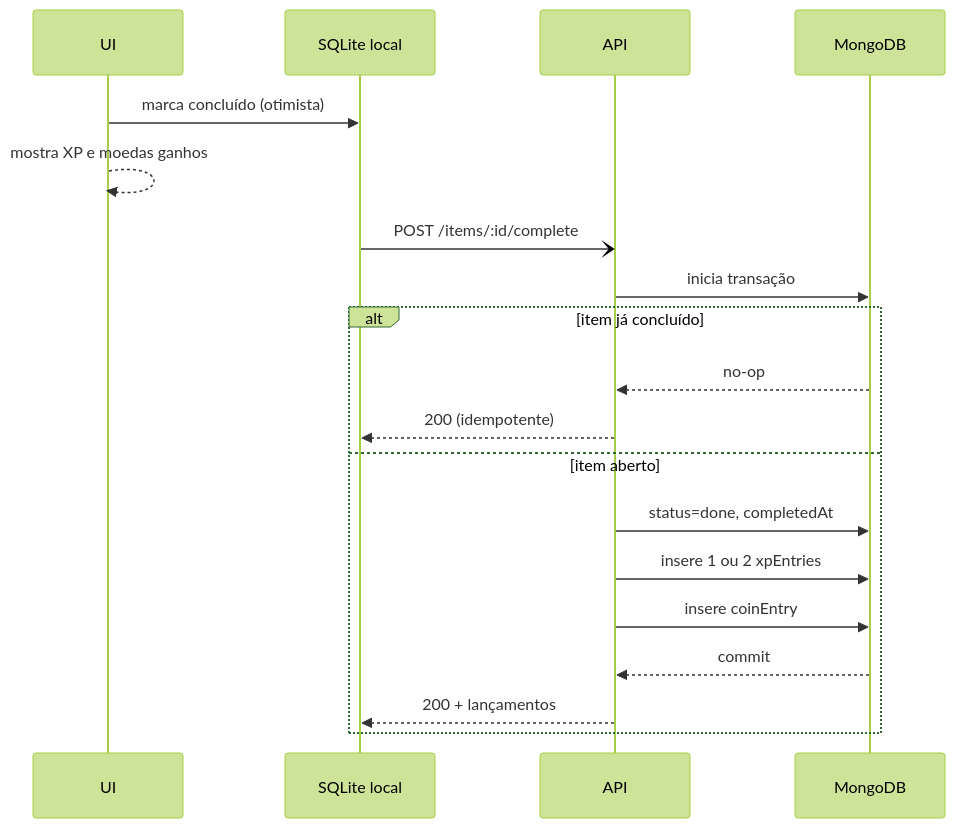
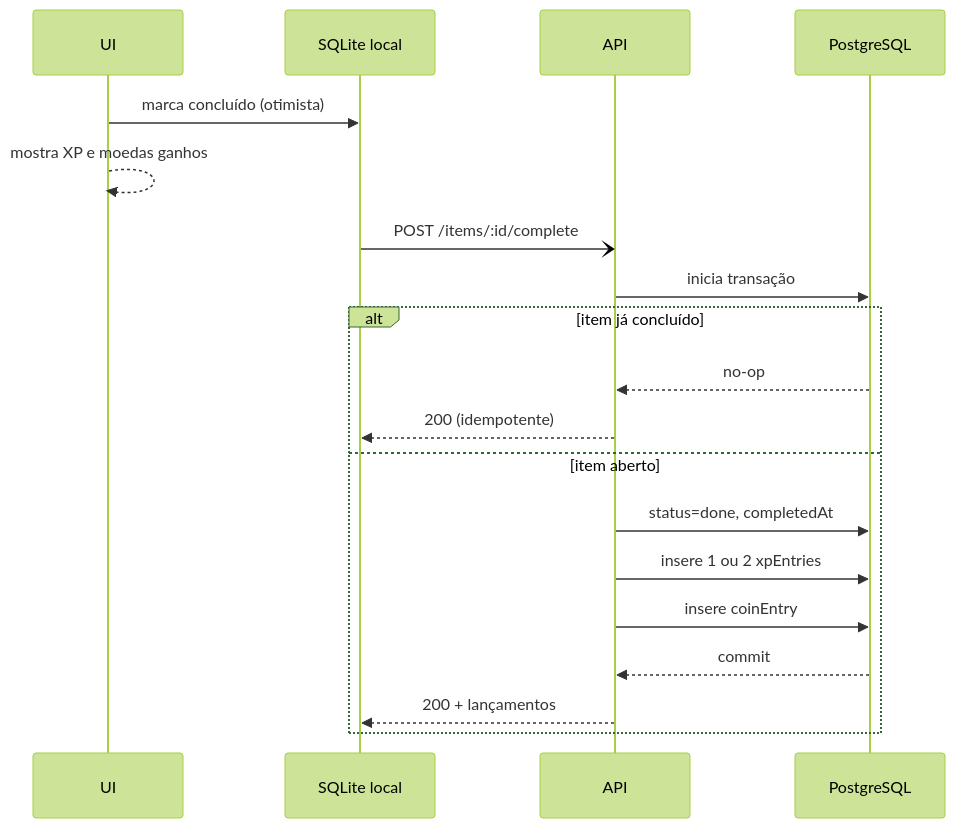
The fourth of 4 diagrams in docs/especificacao-tecnica-v1.md (dioguit0s/compassoApp), drawn with Mermaid (forest theme) before and after one commit. The commit also changed other lines of this file and 3 other files, not shown here.

Commit message:
docs: registrando decisao de alterar o DB de Mongo para Postgre

````diff
--- a/docs/especificacao-tecnica-v1.md
+++ b/docs/especificacao-tecnica-v1.md
@@ -579,22 +593,22 @@
 ```mermaid
 sequenceDiagram
     participant U as UI
     participant L as SQLite local
     participant A as API
-    participant M as MongoDB
+    participant M as PostgreSQL
 
     U->>L: marca concluído (otimista)
     U-->>U: mostra XP e moedas ganhos
     L-)A: POST /items/:id/complete
     A->>M: inicia transação
     alt item já concluído
         M-->>A: no-op
         A-->>L: 200 (idempotente)
     else item aberto
         A->>M: status=done, completedAt
         A->>M: insere 1 ou 2 xpEntries
         A->>M: insere coinEntry
         M-->>A: commit
         A-->>L: 200 + lançamentos
     end
 ```
````
